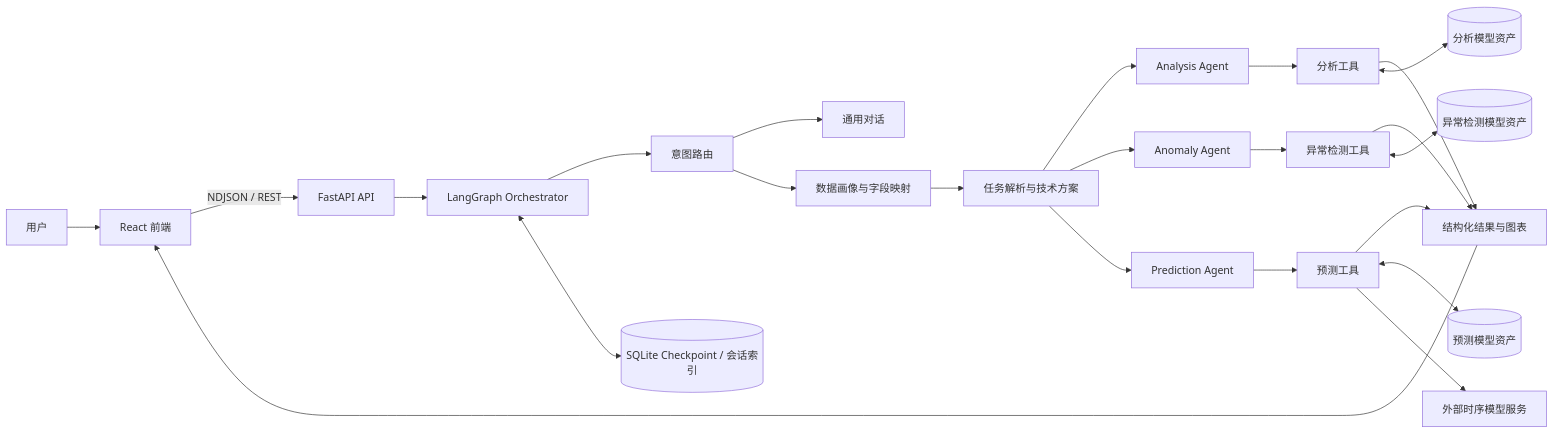
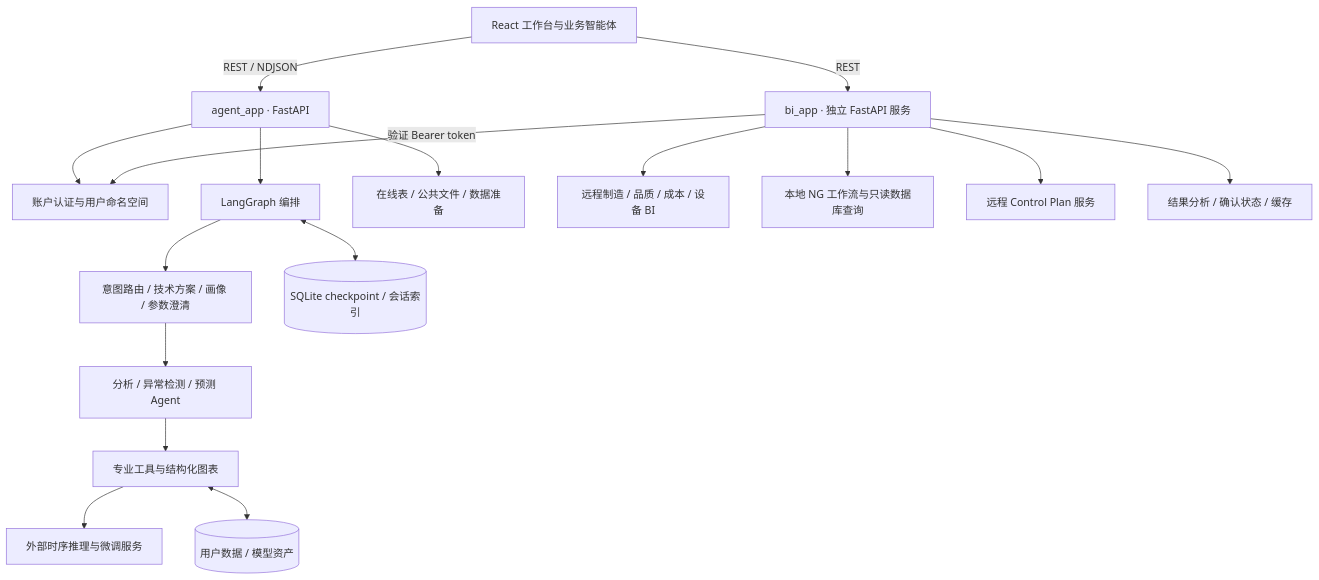
The diagram in README.md (wtj1999/Industrial_Time_Series_Agent), drawn with Mermaid before and after one commit. The commit also changed other lines of this file, not shown here.

````diff
--- a/README.md
+++ b/README.md
@@ -108,29 +174,20 @@
 ```mermaid
-flowchart LR
-    U[用户] --> UI[React 前端]
-    UI -->|NDJSON / REST| API[FastAPI API]
-    API --> G[LangGraph Orchestrator]
-
-    G --> R[意图路由]
-    R --> C[通用对话]
-    R --> P[数据画像与字段映射]
-    P --> S[任务解析与技术方案]
-    S --> A[Analysis Agent]
-    S --> O[Anomaly Agent]
-    S --> F[Prediction Agent]
-
-    A --> AT[分析工具]
-    O --> OT[异常检测工具]
-    F --> FT[预测工具]
-
-    AT --> V[结构化结果与图表]
-    OT --> V
-    FT --> V
-    V --> UI
-
-    G <--> DB[(SQLite Checkpoint / 会话索引)]
-    AT <--> MA[(分析模型资产)]
-    OT <--> MO[(异常检测模型资产)]
-    FT <--> MF[(预测模型资产)]
-    FT --> TS[外部时序模型服务]
+flowchart TB
+    UI[React 工作台与业务智能体]
+    UI -->|REST / NDJSON| API[agent_app · FastAPI]
+    API --> AUTH[账户认证与用户命名空间]
+    API --> GRAPH[LangGraph 编排]
+    GRAPH --> PREP[意图路由 / 技术方案 / 画像 / 参数澄清]
+    PREP --> TASK[分析 / 异常检测 / 预测 Agent]
+    TASK --> TOOLS[专业工具与结构化图表]
+    TOOLS --> FORECAST[外部时序推理与微调服务]
+    GRAPH <--> STATE[(SQLite checkpoint / 会话索引)]
+    TOOLS <--> ASSETS[(用户数据 / 模型资产)]
+    API --> ONLINE[在线表 / 公共文件 / 数据准备]
+    UI -->|REST| BI[bi_app · 独立 FastAPI 服务]
+    BI -->|验证 Bearer token| AUTH
+    BI --> REMOTE[远程制造 / 品质 / 成本 / 设备 BI]
+    BI --> NG[本地 NG 工作流与只读数据库查询]
+    BI --> CP[远程 Control Plan 服务]
+    BI --> INSIGHT[结果分析 / 确认状态 / 缓存]
 ```
````
